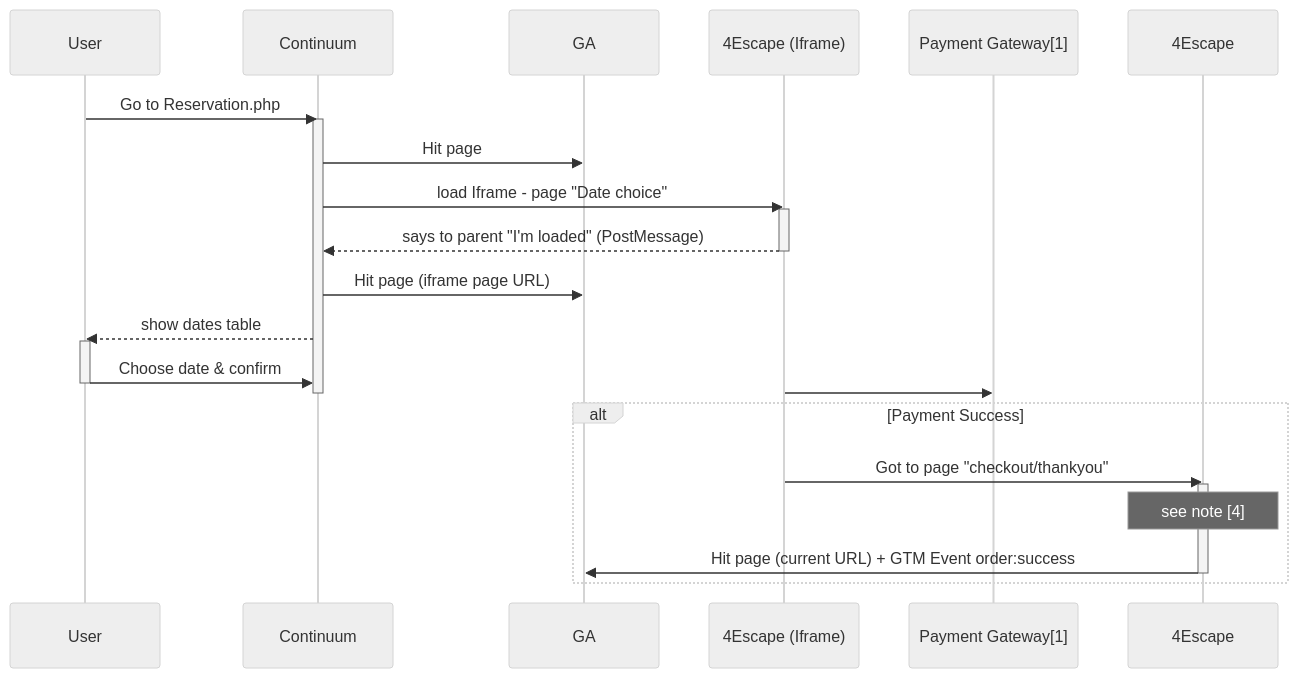
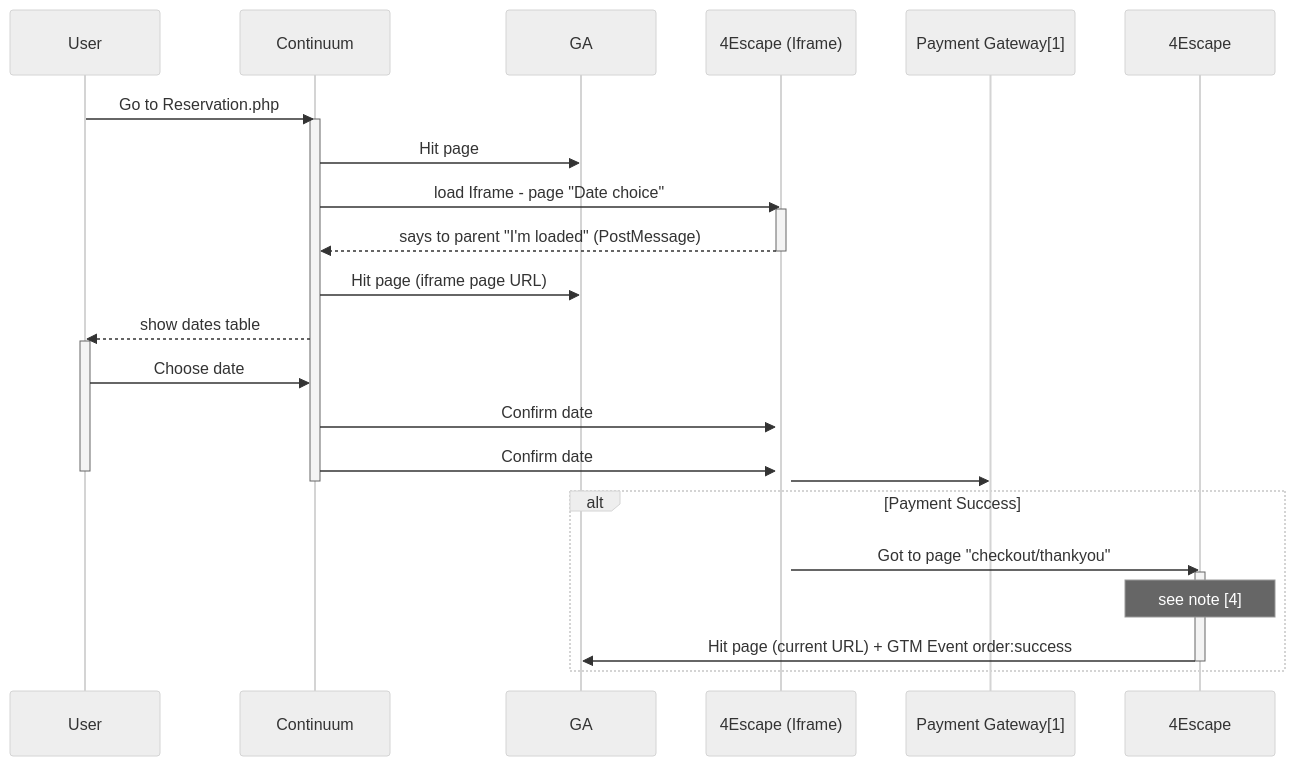
Before and after one commit to NansPellicari/stackEdit: the diagram in doc/continuum/Sequence-session.md, drawn with Mermaid (neutral theme). The commit also changed other lines of this file, not shown here.

Commit message:
doc/continuum/Sequence-session.md updated from https://stackedit.io/

````diff
--- a/doc/continuum/Sequence-session.md
+++ b/doc/continuum/Sequence-session.md
@@ -1,24 +1,26 @@
 ```mermaid
 sequenceDiagram
 User->>Continuum: Go to Reservation.php
 activate Continuum
 Continuum->>GA: Hit page
 Continuum->>4Escape (Iframe): load Iframe - page "Date choice"
 activate 4Escape (Iframe)
 4Escape (Iframe)-->>Continuum: says to parent "I'm loaded" (PostMessage)
 deactivate 4Escape (Iframe)
 Continuum->>GA: Hit page (iframe page URL)
 Continuum-->>User: show dates table
 activate User
-User->>Continuum: Choose date & confirm 
+User->>Continuum: Choose date 
+Continuum->>+4Escape (Iframe): Confirm date
+Continuum->>+4Escape (Iframe): Confirm date
 deactivate User
 4Escape (Iframe)->>Payment Gateway[1]: 
 deactivate Continuum
 alt Payment Success
 	4Escape (Iframe)->>4Escape: Got to page "checkout/thankyou"
 	activate 4Escape
 	Note over 4Escape: see note [4]
 	4Escape->>GA: Hit page (current URL) + GTM Event order:success
 	deactivate 4Escape
 end
 ```
````
